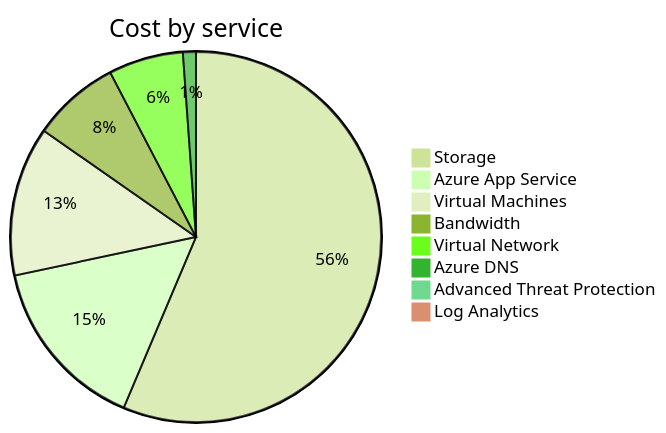
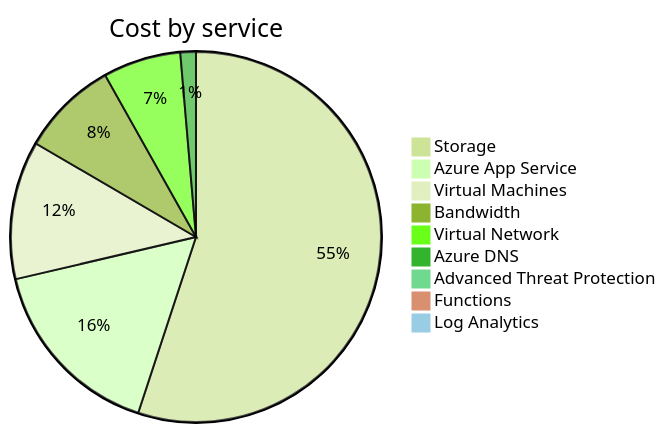
One commit to jpfulton/azure-personal-reports changed the second of 4 diagrams in cost-reports/accumulated-cost.md. Above: the diagram before and after it, drawn with Mermaid (forest theme). The commit also changed other lines of this file and 4 other files, not shown here.

````diff
--- a/cost-reports/accumulated-cost.md
+++ b/cost-reports/accumulated-cost.md
@@ -102,12 +103,13 @@
 ```mermaid
 pie
    title Cost by service
-   "Storage" : 1.99
-   "Azure App Service" : 0.54
-   "Virtual Machines" : 0.46
-   "Bandwidth" : 0.27
-   "Virtual Network" : 0.23
-   "Azure DNS" : 0.04
-   "Advanced Threat Protection" : 0.03
+   "Storage" : 3.65
+   "Azure App Service" : 1.08
+   "Virtual Machines" : 0.80
+   "Bandwidth" : 0.56
+   "Virtual Network" : 0.45
+   "Azure DNS" : 0.09
+   "Advanced Threat Protection" : 0.06
+   "Functions" : 0.00
    "Log Analytics" : 0.00
 ```
````
